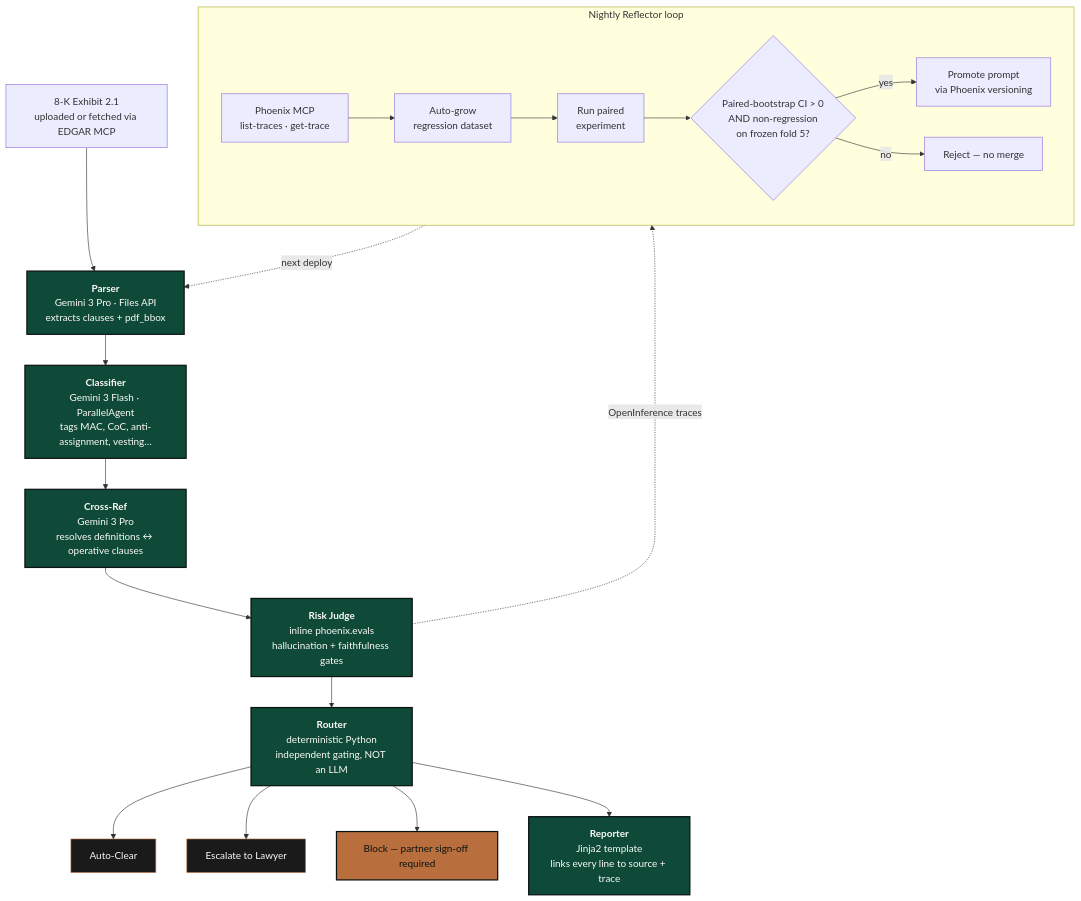
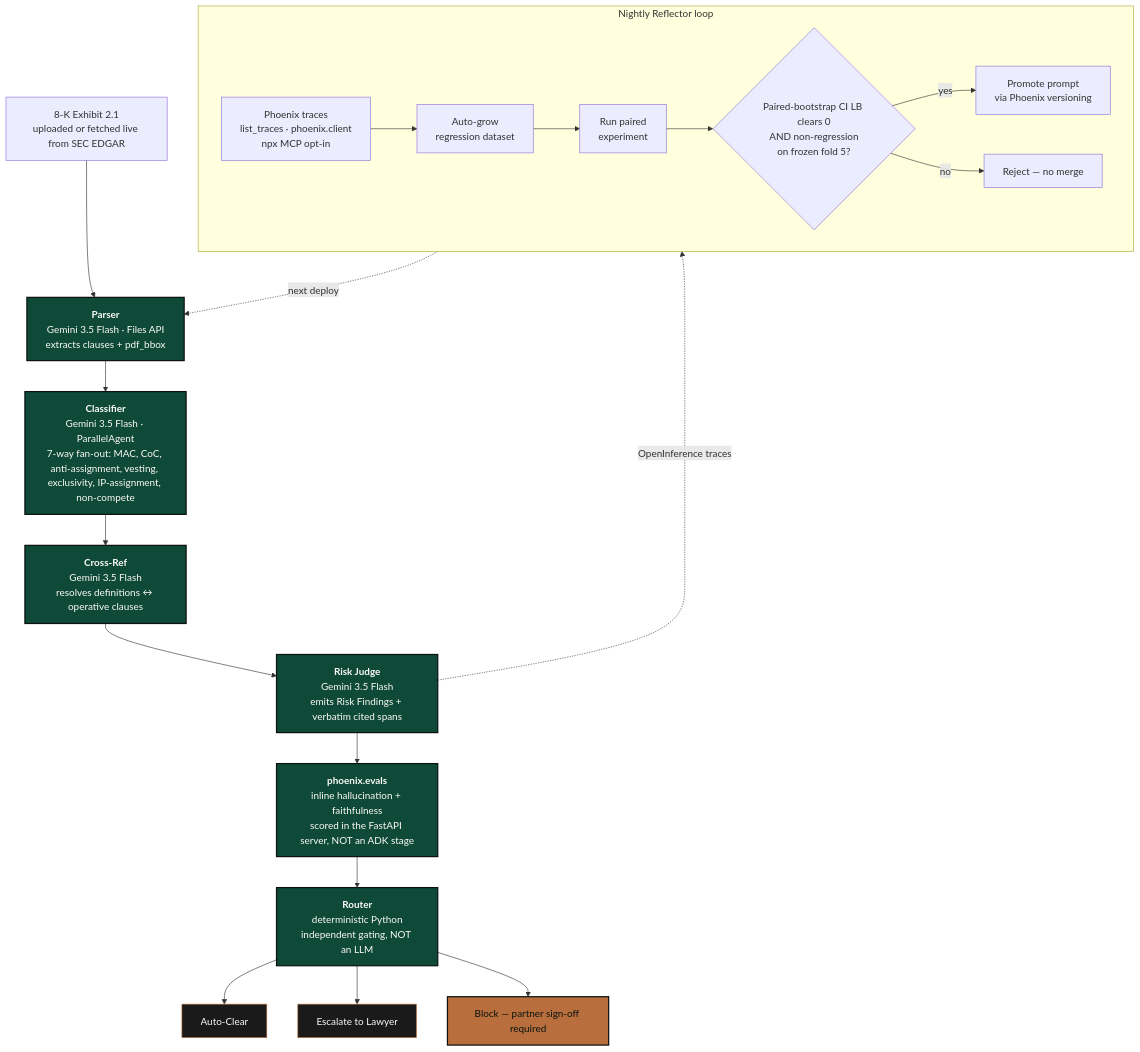
The diagram in README.md (Sosolalt/Cautela), drawn with Mermaid before and after one commit. The commit also changed other lines of this file and 2 other files, not shown here.

Commit message:
docs: correct architecture to real 4-stage ADK pipeline + 7 classifiers
Reconcile README (root + ma_gatekeeper) and the Devpost story with the
actual code:

- Pipeline is a 4-stage ADK SequentialAgent (Parser -> Classifier ->
  CrossReference -> RiskJudge); the inline phoenix.evals scoring and the
  deterministic Router run in the FastAPI server, not as ADK stages.
  Removed the non-existent Jinja2 Reporter stage (findings stream over SSE).
- Classifier fan-out is 7 clause families, not 4 (added exclusivity,
  IP-assignment, non-compete).
- Whole review pipeline runs on Gemini 3.5 Flash; Pro reserved for
  Portfolio Analyst + Reflector (badges/diagram updated).
- Reflector trace introspection defaults to in-process _DirectPhoenixToolset
  (phoenix.client); npx @arizeai/phoenix-mcp is opt-in (REFLECTOR_USE_NPX_MCP=1).
- Fixed stale counts (tests 196->571, agent 9->13 modules, scripts 6->21,
  test files 15->32), 'seven->ten' Arize hooks + anchor, EDGAR-MCP wording.
- Hardened the Mermaid decision node (removed bare '>' so GitHub renders it).

````diff
--- a/README.md
+++ b/README.md
@@ -43,39 +43,38 @@
 ```mermaid
 flowchart TD
-    PDF[8-K Exhibit 2.1<br/>uploaded or fetched via EDGAR MCP]
-    Parser[<b>Parser</b><br/>Gemini 3 Pro · Files API<br/>extracts clauses + pdf_bbox]
-    Classifier[<b>Classifier</b><br/>Gemini 3 Flash · ParallelAgent<br/>tags MAC, CoC, anti-assignment, vesting…]
-    CrossRef[<b>Cross-Ref</b><br/>Gemini 3 Pro<br/>resolves definitions ↔ operative clauses]
-    Judge[<b>Risk Judge</b><br/>inline phoenix.evals<br/>hallucination + faithfulness gates]
+    PDF[8-K Exhibit 2.1<br/>uploaded or fetched live from SEC EDGAR]
+    Parser[<b>Parser</b><br/>Gemini 3.5 Flash · Files API<br/>extracts clauses + pdf_bbox]
+    Classifier[<b>Classifier</b><br/>Gemini 3.5 Flash · ParallelAgent<br/>7-way fan-out: MAC, CoC, anti-assignment, vesting, exclusivity, IP-assignment, non-compete]
+    CrossRef[<b>Cross-Ref</b><br/>Gemini 3.5 Flash<br/>resolves definitions ↔ operative clauses]
+    Judge[<b>Risk Judge</b><br/>Gemini 3.5 Flash<br/>emits Risk Findings + verbatim cited spans]
+    Evals[<b>phoenix.evals</b><br/>inline hallucination + faithfulness<br/>scored in the FastAPI server, NOT an ADK stage]
     Router[<b>Router</b><br/>deterministic Python<br/>independent gating, NOT an LLM]
-    Reporter[<b>Reporter</b><br/>Jinja2 template<br/>links every line to source + trace]
 
     Auto[Auto-Clear]
     Esc[Escalate to Lawyer]
     Block[Block — partner sign-off required]
 
-    PDF --> Parser --> Classifier --> CrossRef --> Judge --> Router
+    PDF --> Parser --> Classifier --> CrossRef --> Judge --> Evals --> Router
     Router --> Auto
     Router --> Esc
     Router --> Block
-    Router --> Reporter
 
     subgraph nightly[" Nightly Reflector loop "]
         direction LR
-        Traces[Phoenix MCP<br/>list-traces · get-trace] --> Regressions[Auto-grow<br/>regression dataset]
+        Traces[Phoenix traces<br/>list_traces · phoenix.client<br/>npx MCP opt-in] --> Regressions[Auto-grow<br/>regression dataset]
         Regressions --> Experiment[Run paired<br/>experiment]
-        Experiment --> Gate{Paired-bootstrap CI > 0<br/>AND non-regression<br/>on frozen fold 5?}
+        Experiment --> Gate{Paired-bootstrap CI LB clears 0<br/>AND non-regression<br/>on frozen fold 5?}
         Gate -->|yes| Promote[Promote prompt<br/>via Phoenix versioning]
         Gate -->|no| Reject[Reject — no merge]
     end
 
     Judge -.OpenInference traces.-> Traces
     Promote -.next deploy.-> Parser
 
     classDef agent fill:#0F4A38,stroke:#0B1311,color:#FBFAF5,stroke-width:2px
     classDef lane fill:#1a1a1a,stroke:#B86F3D,color:#FBFAF5
     classDef block fill:#B86F3D,stroke:#0B1311,color:#0B1311,stroke-width:2px
-    class Parser,Classifier,CrossRef,Judge,Router,Reporter agent
+    class Parser,Classifier,CrossRef,Judge,Evals,Router agent
     class Auto,Esc lane
     class Block block
 ```
````
